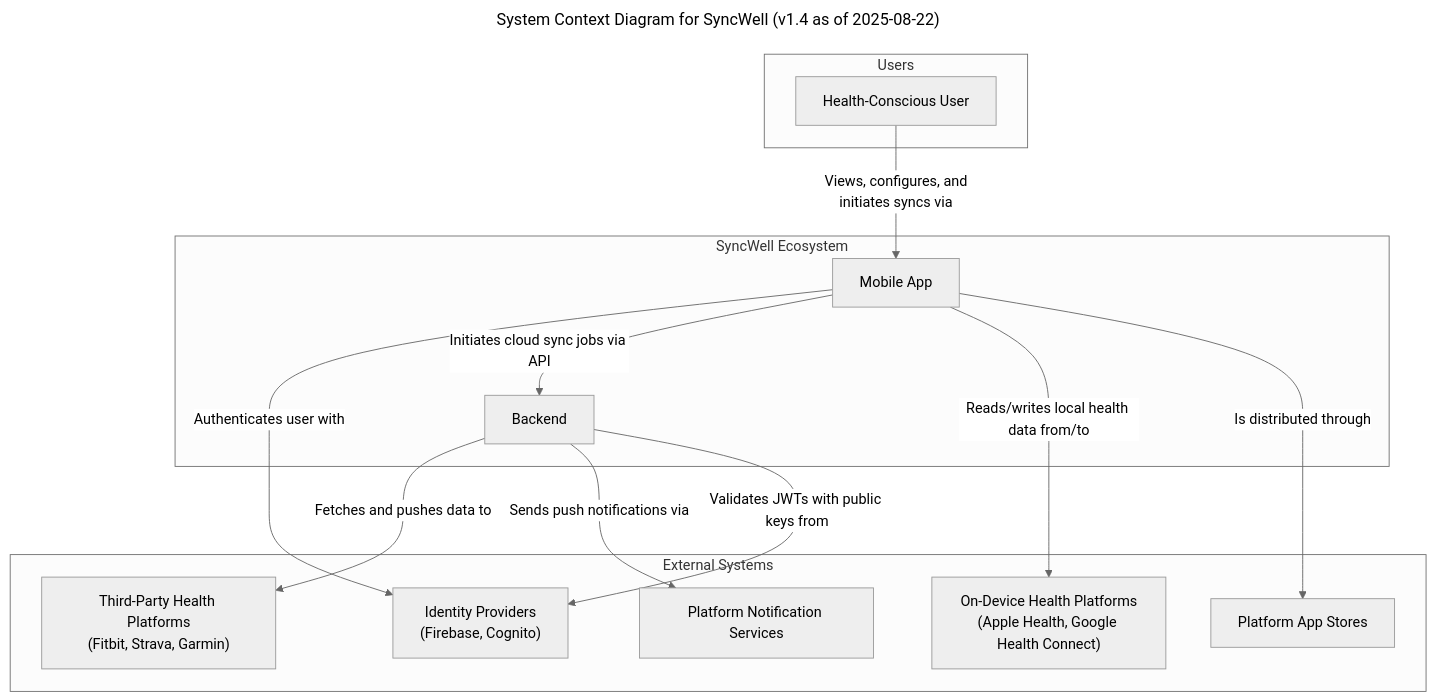
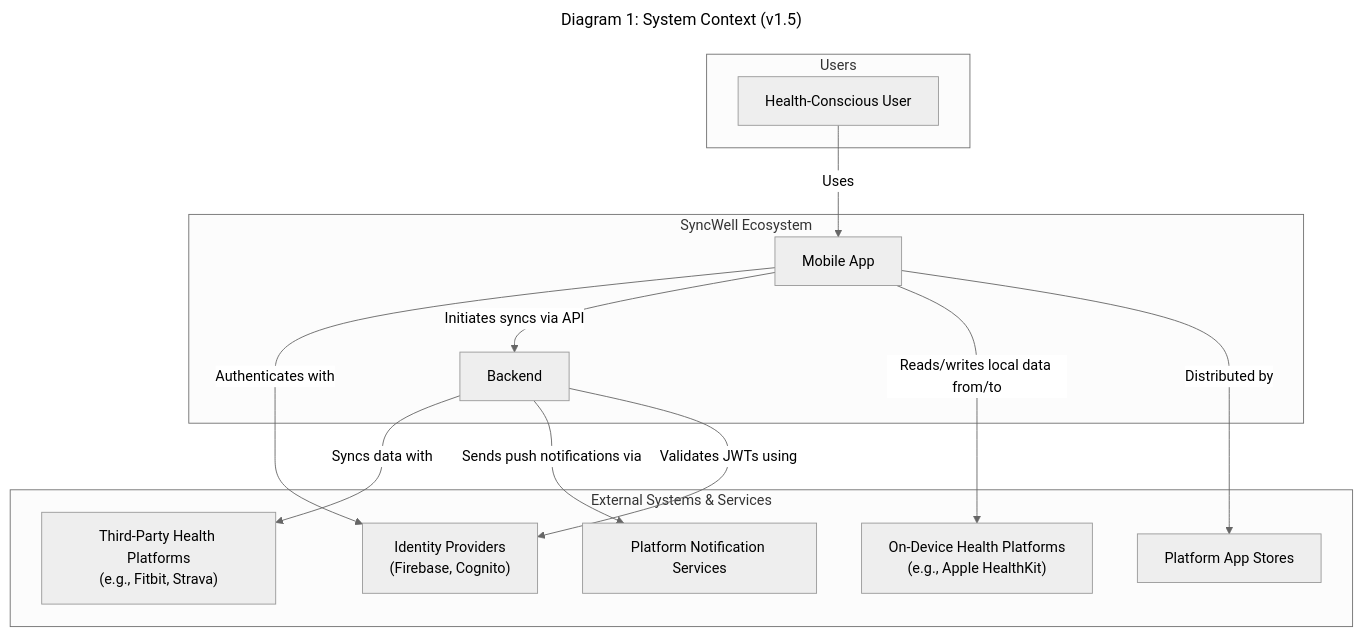
One commit to dino10bit/healthsync changed the fifth of 15 diagrams in docs/architecture/06-technical-architecture.md. Above: the diagram before and after it, drawn with Mermaid (neutral theme). The commit also changed other lines of this file, not shown here.

Commit message:
Decouple and refine architecture diagrams for clarity

````diff
--- a/docs/architecture/06-technical-architecture.md
+++ b/docs/architecture/06-technical-architecture.md
@@ -1065,31 +1066,31 @@
 ```mermaid
 ---
-title: "System Context Diagram for SyncWell (v1.4 as of 2025-08-22)"
+title: "Diagram 1: System Context (v1.5)"
 ---
 graph TD
     subgraph SyncWell Ecosystem
         A[Mobile App]
         B[Backend]
     end
 
     subgraph Users
         C[Health-Conscious User]
     end
 
-    subgraph External Systems
-        D["Third-Party Health Platforms<br>(Fitbit, Strava, Garmin)"]
-        D2["On-Device Health Platforms<br>(Apple Health, Google Health Connect)"]
+    subgraph "External Systems & Services"
+        D["Third-Party Health Platforms<br>(e.g., Fitbit, Strava)"]
+        D2["On-Device Health Platforms<br>(e.g., Apple HealthKit)"]
         E[Platform App Stores]
         F[Platform Notification Services]
         G["Identity Providers<br>(Firebase, Cognito)"]
     end
 
-    C -- "Views, configures, and<br>initiates syncs via" --> A
-    A -- "Authenticates user with" --> G
-    A -- "Initiates cloud sync jobs via API" --> B
-    A -- "Reads/writes local health data from/to" --> D2
-    A -- "Is distributed through" --> E
-    B -- "Fetches and pushes data to" --> D
+    C -- "Uses" --> A
+    A -- "Authenticates with" --> G
+    A -- "Initiates syncs via API" --> B
+    A -- "Reads/writes local data from/to" --> D2
+    A -- "Distributed by" --> E
+    B -- "Syncs data with" --> D
     B -- "Sends push notifications via" --> F
-    B -- "Validates JWTs with public keys from" --> G
+    B -- "Validates JWTs using" --> G
 ```
````
